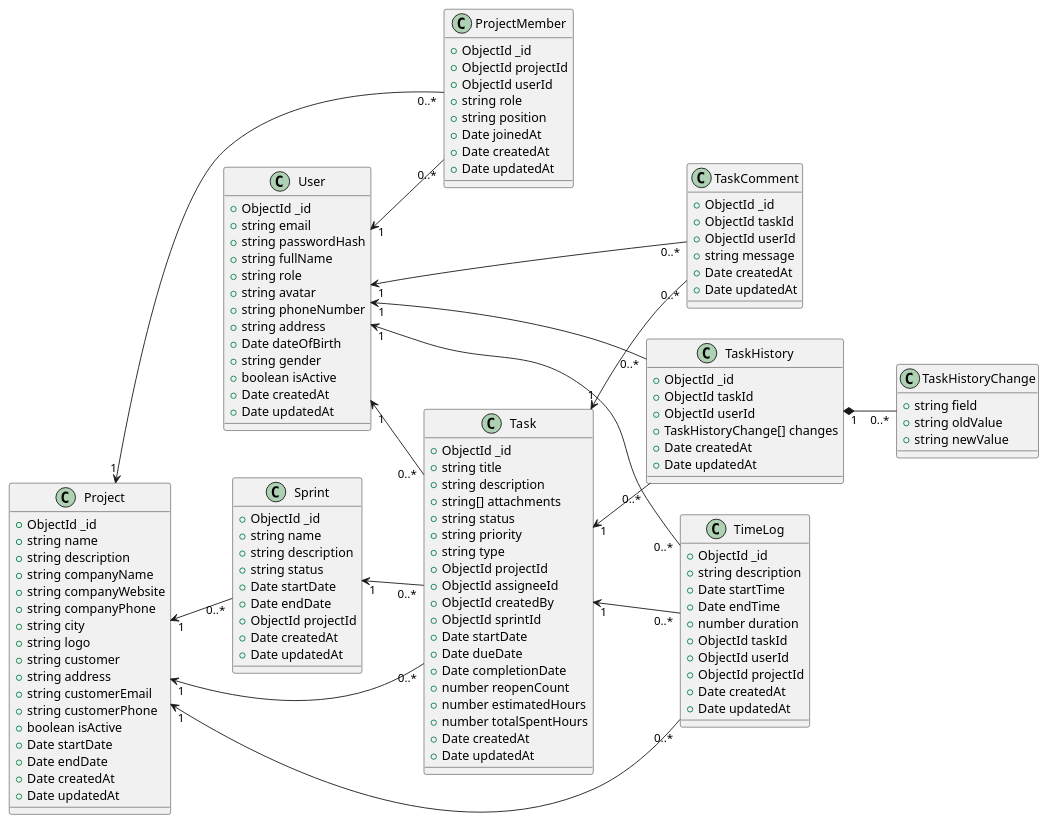
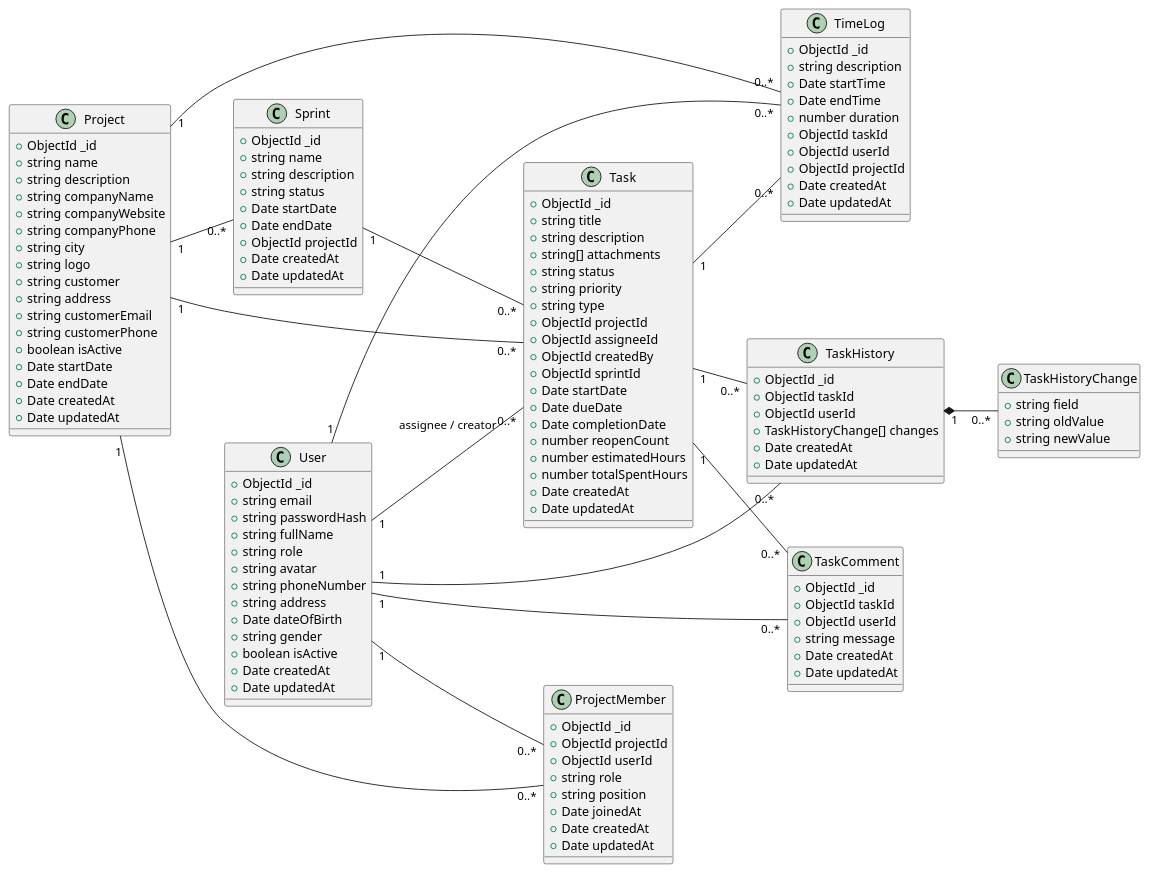
Before and after one commit to vuhoanganh1821/workspace-backend: the diagram in class-diagram.puml, drawn with PlantUML. The commit also changed 2 other files, not shown here.

Commit message:
Update diagram

```diff
--- a/class-diagram.puml
+++ b/class-diagram.puml
@@ -1,145 +1,149 @@
 @startuml
 
 left to right direction
+skinparam packageStyle rectangle
+skinparam shadowing false
 
 class User {
     +ObjectId _id
     +string email
     +string passwordHash
     +string fullName
     +string role
     +string avatar
     +string phoneNumber
     +string address
     +Date dateOfBirth
     +string gender
     +boolean isActive
     +Date createdAt
     +Date updatedAt
 }
 
 class TimeLog {
     +ObjectId _id
     +string description
     +Date startTime
     +Date endTime
     +number duration
     +ObjectId taskId
     +ObjectId userId
     +ObjectId projectId
     +Date createdAt
     +Date updatedAt
 }
 
 class Project {
     +ObjectId _id
     +string name
     +string description
     +string companyName
     +string companyWebsite
     +string companyPhone
     +string city
     +string logo
     +string customer
     +string address
     +string customerEmail
     +string customerPhone
     +boolean isActive
     +Date startDate
     +Date endDate
     +Date createdAt
     +Date updatedAt
 }
 
 class ProjectMember {
     +ObjectId _id
     +ObjectId projectId
     +ObjectId userId
     +string role
     +string position
     +Date joinedAt
     +Date createdAt
     +Date updatedAt
 }
 
 class Sprint {
     +ObjectId _id
     +string name
     +string description
     +string status
     +Date startDate
     +Date endDate
     +ObjectId projectId
     +Date createdAt
     +Date updatedAt
 }
 
 class Task {
     +ObjectId _id
     +string title
     +string description
     +string[] attachments
     +string status
     +string priority
     +string type
     +ObjectId projectId
     +ObjectId assigneeId
     +ObjectId createdBy
     +ObjectId sprintId
     +Date startDate
     +Date dueDate
     +Date completionDate
     +number reopenCount
     +number estimatedHours
     +number totalSpentHours
     +Date createdAt
     +Date updatedAt
 }
 
 class TaskComment {
     +ObjectId _id
     +ObjectId taskId
     +ObjectId userId
     +string message
     +Date createdAt
     +Date updatedAt
 }
 
 class TaskHistory {
     +ObjectId _id
     +ObjectId taskId
     +ObjectId userId
     +TaskHistoryChange[] changes
     +Date createdAt
     +Date updatedAt
 }
 
 class TaskHistoryChange {
     +string field
     +string oldValue
     +string newValue
 }
 
-' Relationships
-Project "1" <-- "0..*" ProjectMember
-User "1" <-- "0..*" ProjectMember
+' --- Relationships Tinh Chỉnh ---
 
-Project "1" <-- "0..*" Sprint
+Project "1" -- "0..*" ProjectMember
+User "1" -- "0..*" ProjectMember
 
-Project "1" <-- "0..*" Task
-Sprint "1" <-- "0..*" Task
-User "1" <-- "0..*" Task
+Project "1" -- "0..*" Sprint
 
-Task "1" <-- "0..*" TimeLog
-User "1" <-- "0..*" TimeLog
-Project "1" <-- "0..*" TimeLog
+Project "1" -- "0..*" Task
+Sprint "1" -- "0..*" Task
+User "1" -- "0..*" Task : "assignee / creator"
 
-Task "1" <-- "0..*" TaskComment
-User "1" <-- "0..*" TaskComment
+Task "1" -- "0..*" TimeLog
+User "1" -- "0..*" TimeLog
+Project "1" -- "0..*" TimeLog
 
-Task "1" <-- "0..*" TaskHistory
-User "1" <-- "0..*" TaskHistory
+Task "1" -- "0..*" TaskComment
+User "1" -- "0..*" TaskComment
 
+Task "1" -- "0..*" TaskHistory
+User "1" -- "0..*" TaskHistory
+
+' Thể hiện rõ TaskHistory nắm giữ (contain) các Change nội bộ
 TaskHistory "1" *-- "0..*" TaskHistoryChange
 
 @enduml
```
